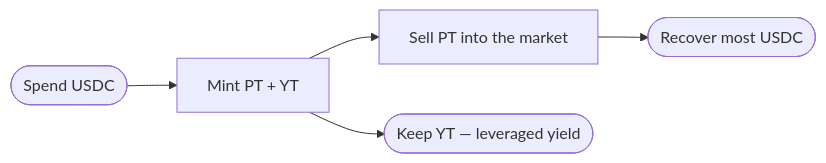
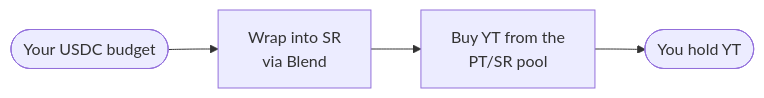
The diagram in content/docs/guides/long-yield.mdx (Suryashish/spield-docs), drawn with Mermaid before and after one commit. The commit also changed other lines of this file and 56 other files, not shown here.

````diff
--- a/content/docs/guides/long-yield.mdx
+++ b/content/docs/guides/long-yield.mdx
@@ -35,7 +32,6 @@
 ```mermaid
 flowchart LR
-  U([Spend USDC]) --> M[Mint PT + YT]
-  M --> S[Sell PT into the market]
-  S --> R([Recover most USDC])
-  M --> K([Keep YT — leveraged yield])
+  U([Your USDC budget]) --> W[Wrap into SR<br/>via Blend]
+  W --> B[Buy YT from the<br/>PT/SR pool]
+  B --> K([You hold YT])
 ```
````
